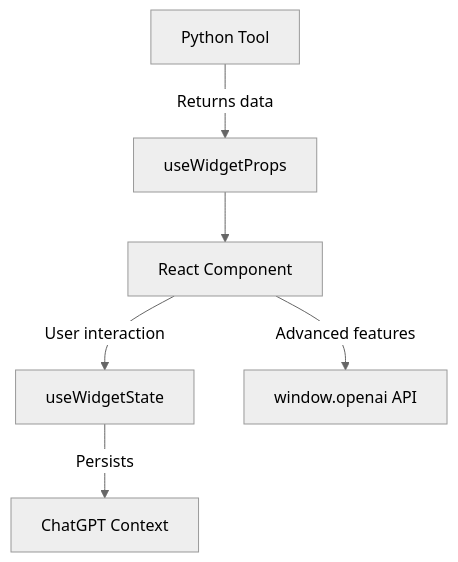
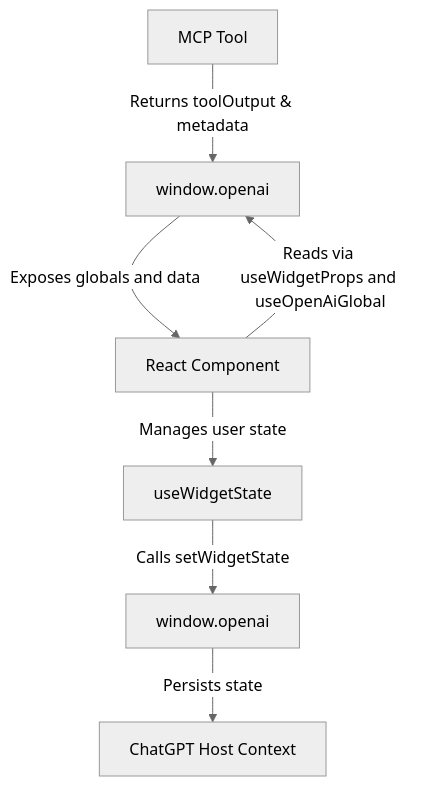
Before and after one commit to DooiLabs/fastapps_docs: the diagram in widgets/index.mdx, drawn with Mermaid (neutral theme). The commit also changed other lines of this file, not shown here.

````diff
--- a/widgets/index.mdx
+++ b/widgets/index.mdx
@@ -24,8 +21,9 @@
 ```mermaid
 graph TD
-    A[Python Tool] -->|Returns data| B[useWidgetProps]
-    B --> C[React Component]
-    C -->|User interaction| D[useWidgetState]
-    D -->|Persists| E[ChatGPT Context]
-    C -->|Advanced features| F[window.openai API]
+    A[MCP Tool] -->|Returns toolOutput & metadata| B[window.openai]
+    B -->|Exposes globals and data| C[React Component]
+    C -->|Reads via useWidgetProps and useOpenAiGlobal| B
+    C -->|Manages user state| D[useWidgetState]
+    D -->|Calls setWidgetState| E[window.openai]
+    E -->|Persists state| F[ChatGPT Host Context]
 ```
````
